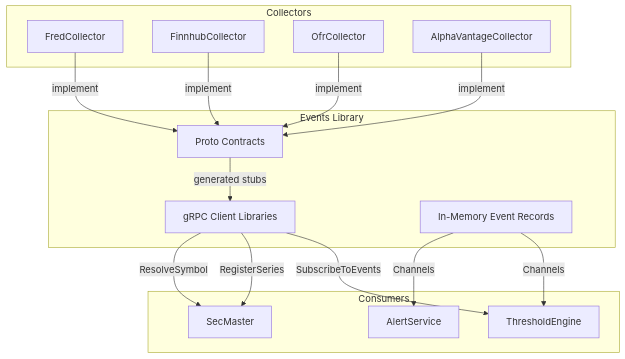
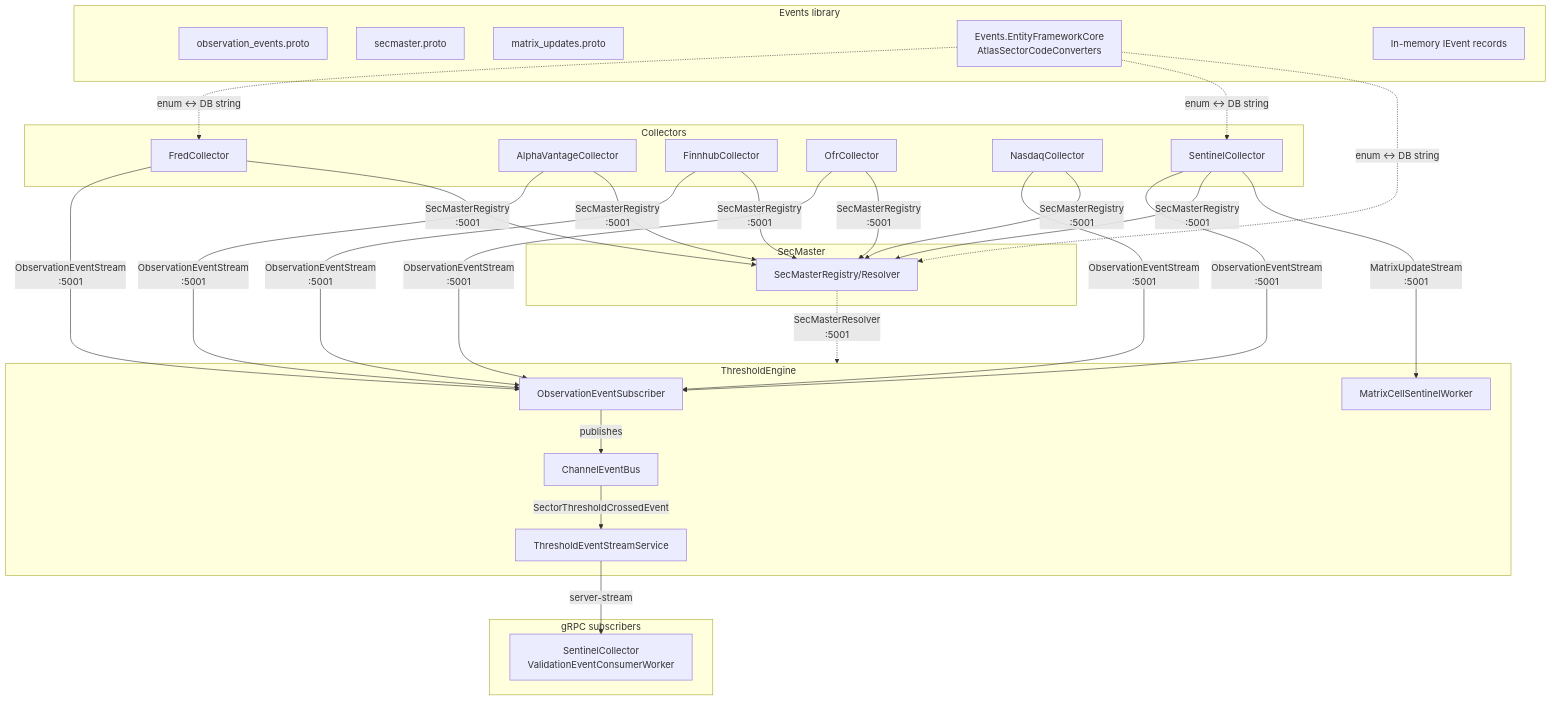
One commit to jpansarasa/ATLAS-Docs changed the diagram in Events/README.md. Above: the diagram before and after it, drawn with Mermaid. The commit also changed other lines of this file, not shown here.

Commit message:
Sync docs from ATLAS @ cceea176f944d9bb4acc159c518b78b8f43c06d4

````diff
--- a/Events/README.md
+++ b/Events/README.md
@@ -11,29 +11,45 @@
 ```mermaid
 flowchart TD
     subgraph Collectors
         FC[FredCollector]
+        AV[AlphaVantageCollector]
         FH[FinnhubCollector]
         OC[OfrCollector]
-        AV[AlphaVantageCollector]
+        NC[NasdaqCollector]
+        SC[SentinelCollector]
     end
 
-    subgraph Events Library
-        P[Proto Contracts]
-        C[gRPC Client Libraries]
-        E[In-Memory Event Records]
+    subgraph EventsLib[Events library]
+        OP[observation_events.proto]
+        SP[secmaster.proto]
+        MP[matrix_updates.proto]
+        EFCore[Events.EntityFrameworkCore<br/>AtlasSectorCodeConverters]
+        Mem[In-memory IEvent records]
     end
 
-    subgraph Consumers
-        TE[ThresholdEngine]
-        SM[SecMaster]
-        AS[AlertService]
+    subgraph SecMasterSvc[SecMaster]
+        SMR[SecMasterRegistry/Resolver]
     end
 
-    FC & FH & OC & AV -->|implement| P
-    P -->|generated stubs| C
-    C -->|SubscribeToEvents| TE
-    C -->|RegisterSeries| SM
-    C -->|ResolveSymbol| SM
-    E -->|Channels| TE
-    E -->|Channels| AS
+    subgraph TE[ThresholdEngine]
+        OES[ObservationEventSubscriber]
+        EB[ChannelEventBus]
+        TES[ThresholdEventStreamService]
+        MCSW[MatrixCellSentinelWorker]
+    end
+
+    subgraph DownstreamGrpc[gRPC subscribers]
+        SCSub[SentinelCollector<br/>ValidationEventConsumerWorker]
+    end
+
+    FC & AV & FH & OC & NC & SC -->|ObservationEventStream<br/>:5001| OES
+    FC & AV & FH & OC & NC & SC -->|SecMasterRegistry<br/>:5001| SMR
+    OES -->|publishes| EB
+    EB -->|SectorThresholdCrossedEvent| TES
+    TES -->|server-stream| SCSub
+    SC -->|MatrixUpdateStream<br/>:5001| MCSW
+    SMR -.->|SecMasterResolver<br/>:5001| TE
+    EFCore -.->|enum ↔ DB string| FC
+    EFCore -.->|enum ↔ DB string| SC
+    EFCore -.->|enum ↔ DB string| SMR
 ```
````
